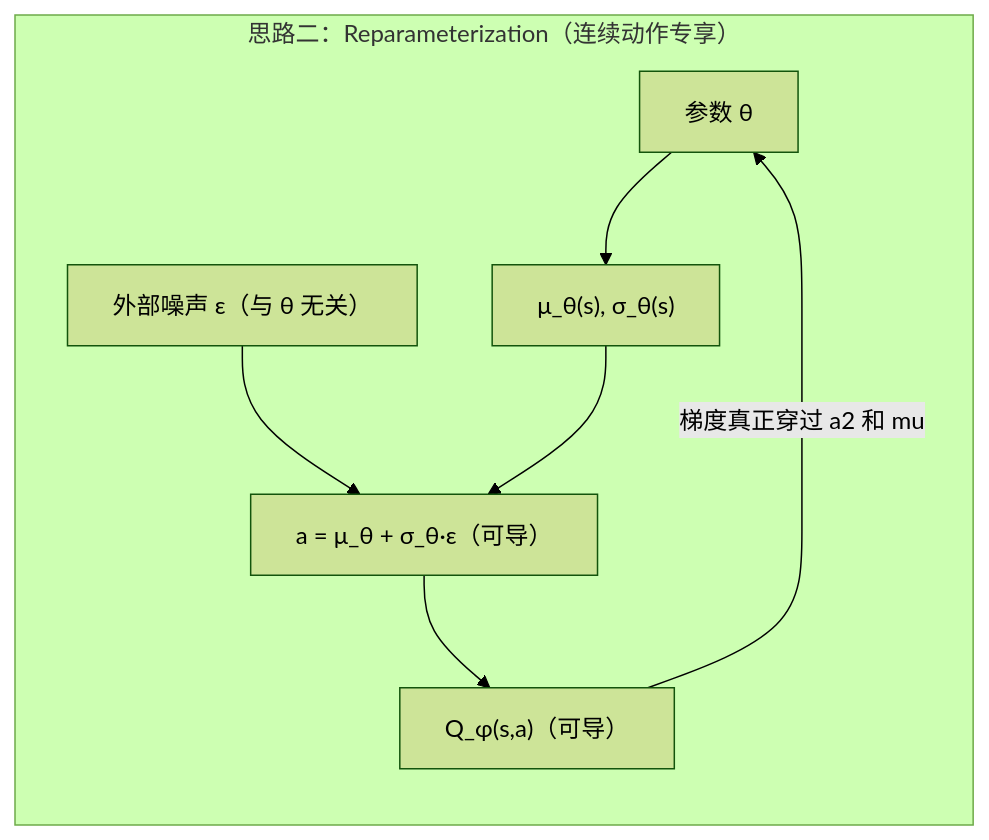
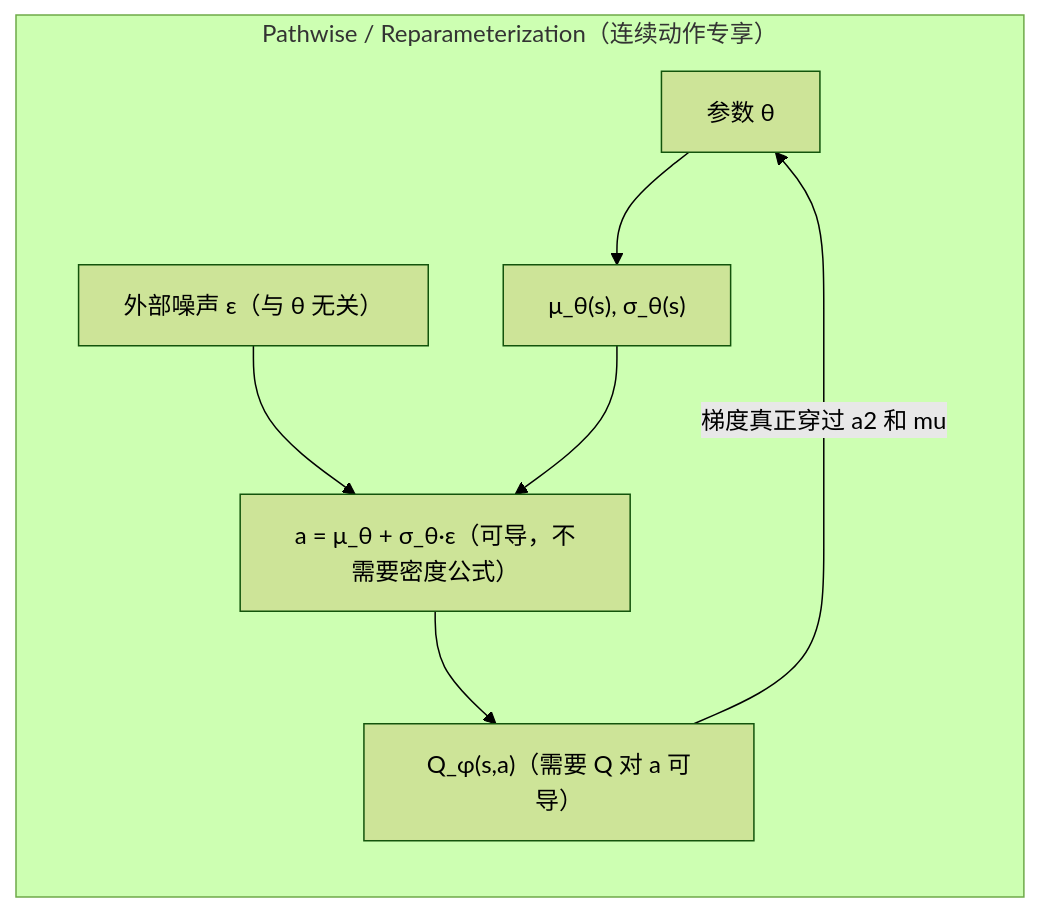
The second of 2 diagrams in 前置知识/001r_前置知识_连续动作与离散动作的梯度回传.md (endlesscollider/paper), drawn with Mermaid (forest theme) before and after one commit. The commit also changed other lines of this file and 739 other files, not shown here.

First line of the commit message:
docs: 更新文章、系列与论文综述，新增配图与绘图脚本

````diff
--- a/前置知识/001r_前置知识_连续动作与离散动作的梯度回传.md
+++ b/前置知识/001r_前置知识_连续动作与离散动作的梯度回传.md
@@ -297,10 +208,10 @@
 ```mermaid
 flowchart LR
-    subgraph RP["思路二：Reparameterization（连续动作专享）"]
+    subgraph RP["Pathwise / Reparameterization（连续动作专享）"]
         theta2["参数 θ"] --> mu["μ_θ(s), σ_θ(s)"]
-        eps["外部噪声 ε（与 θ 无关）"] --> a2["a = μ_θ + σ_θ·ε（可导）"]
+        eps["外部噪声 ε（与 θ 无关）"] --> a2["a = μ_θ + σ_θ·ε（可导，不需要密度公式）"]
         mu --> a2
-        a2 --> Q["Q_φ(s,a)（可导）"]
+        a2 --> Q["Q_φ(s,a)（需要 Q 对 a 可导）"]
         Q -- 梯度真正穿过 a2 和 mu --> theta2
     end
 ```
````
